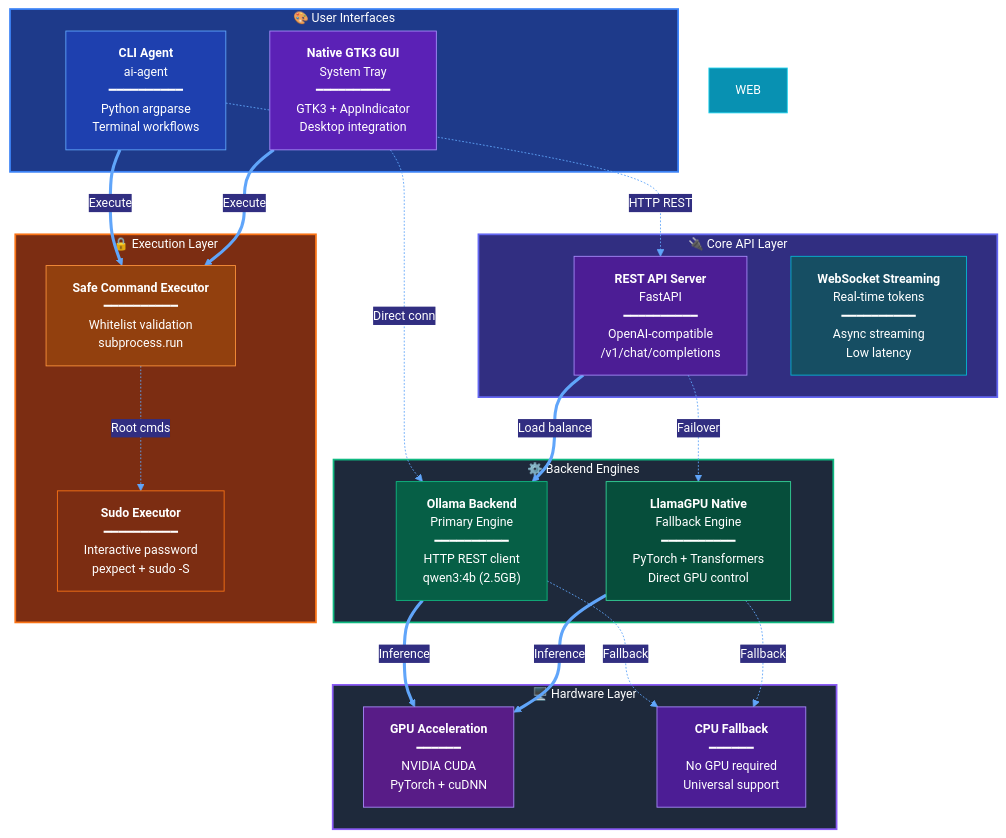
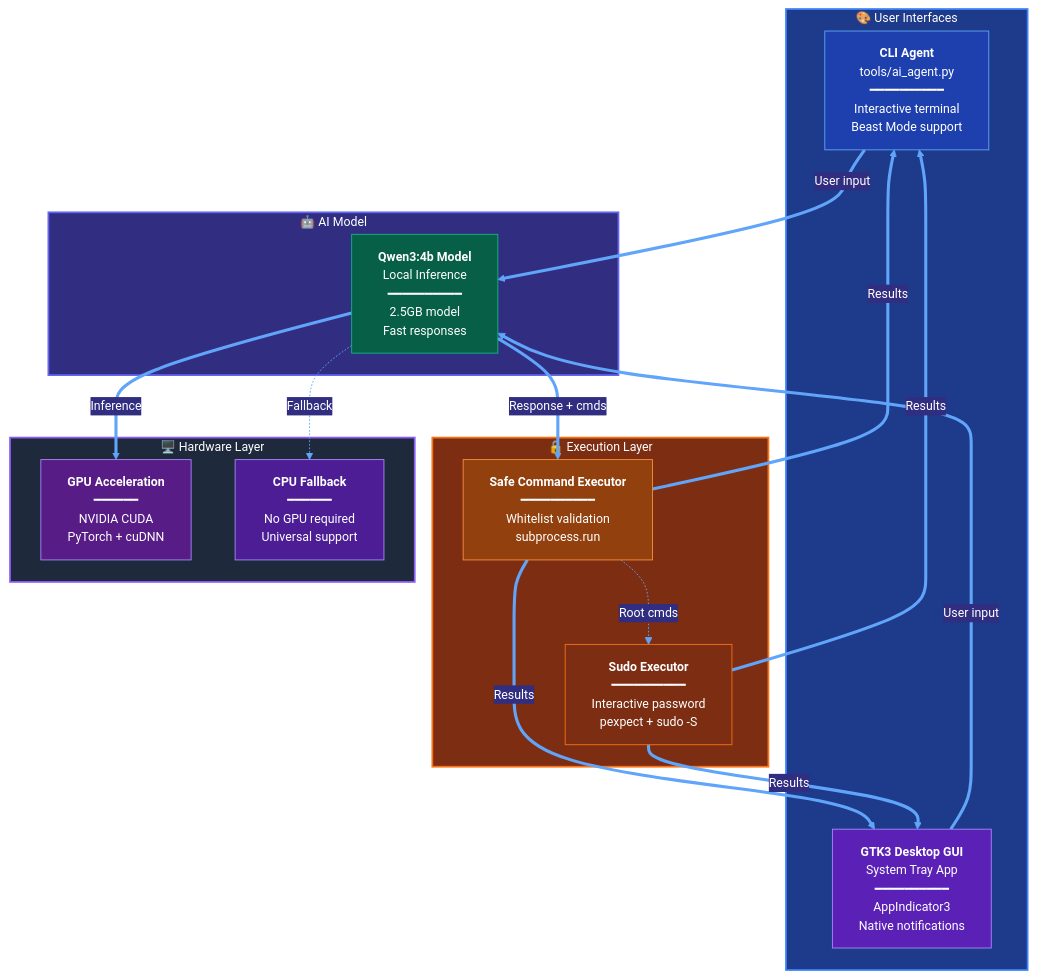
Before and after one commit to hkevin01/Llama-GPU: the first of 5 diagrams in README.md, drawn with Mermaid. The commit also changed other lines of this file and 1 other file, not shown here.

````diff
--- a/README.md
+++ b/README.md
@@ -75,61 +73,49 @@
 ```mermaid
 %%{init: {'theme':'base', 'themeVariables': { 'primaryColor':'#1e3a8a','primaryTextColor':'#fff','primaryBorderColor':'#3b82f6','lineColor':'#60a5fa','secondaryColor':'#312e81','tertiaryColor':'#1e293b','background':'#0f172a','mainBkg':'#1e293b','secondaryBkg':'#312e81','tertiaryBkg':'#1e3a8a','textColor':'#e2e8f0','fontSize':'14px'}}}%%
 graph TB
     subgraph UI["🎨 User Interfaces"]
-        CLI["<b>CLI Agent</b><br/>ai-agent<br/>━━━━━━━━━━<br/>Python argparse<br/>Terminal workflows"]
-        GUI["<b>Native GTK3 GUI</b><br/>System Tray<br/>━━━━━━━━━━<br/>GTK3 + AppIndicator<br/>Desktop integration"]
+        CLI["<b>CLI Agent</b><br/>tools/ai_agent.py<br/>━━━━━━━━━━<br/>Interactive terminal<br/>Beast Mode support"]
+        GUI["<b>GTK3 Desktop GUI</b><br/>System Tray App<br/>━━━━━━━━━━<br/>AppIndicator3<br/>Native notifications"]
     end
 
-    subgraph API["🔌 Core API Layer"]
-        REST["<b>REST API Server</b><br/>FastAPI<br/>━━━━━━━━━━<br/>OpenAI-compatible<br/>/v1/chat/completions"]
-        WS["<b>WebSocket Streaming</b><br/>Real-time tokens<br/>━━━━━━━━━━<br/>Async streaming<br/>Low latency"]
-    end
-
-    subgraph BACKEND["⚙️ Backend Engines"]
-        OLLAMA["<b>Ollama Backend</b><br/>Primary Engine<br/>━━━━━━━━━━<br/>HTTP REST client<br/>qwen3:4b (2.5GB)"]
-        LLAMA["<b>LlamaGPU Native</b><br/>Fallback Engine<br/>━━━━━━━━━━<br/>PyTorch + Transformers<br/>Direct GPU control"]
+    subgraph MODEL["🤖 AI Model"]
+        QWEN["<b>Qwen3:4b Model</b><br/>Local Inference<br/>━━━━━━━━━━<br/>2.5GB model<br/>Fast responses"]
     end
 
     subgraph EXEC["🔒 Execution Layer"]
         SAFE["<b>Safe Command Executor</b><br/>━━━━━━━━━━<br/>Whitelist validation<br/>subprocess.run"]
         SUDO["<b>Sudo Executor</b><br/>━━━━━━━━━━<br/>Interactive password<br/>pexpect + sudo -S"]
     end
 
     subgraph HW["🖥️ Hardware Layer"]
         GPU["<b>GPU Acceleration</b><br/>━━━━━━<br/>NVIDIA CUDA<br/>PyTorch + cuDNN"]
         CPU["<b>CPU Fallback</b><br/>━━━━━━<br/>No GPU required<br/>Universal support"]
     end
 
-    CLI -.->|"HTTP REST"| REST
-    GUI -.->|"Direct conn"| OLLAMA
+    CLI ==>|"User input"| QWEN
+    GUI ==>|"User input"| QWEN
 
-    REST ==>|"Load balance"| OLLAMA
-    REST -.->|"Failover"| LLAMA
-
-    CLI ==>|"Execute"| SAFE
-    GUI ==>|"Execute"| SAFE
+    QWEN ==>|"Response + cmds"| SAFE
     SAFE -.->|"Root cmds"| SUDO
 
-    OLLAMA ==>|"Inference"| GPU
-    OLLAMA -.->|"Fallback"| CPU
-    LLAMA ==>|"Inference"| GPU
-    LLAMA -.->|"Fallback"| CPU
+    SAFE ==>|"Results"| CLI
+    SAFE ==>|"Results"| GUI
+    SUDO ==>|"Results"| CLI
+    SUDO ==>|"Results"| GUI
+
+    QWEN ==>|"Inference"| GPU
+    QWEN -.->|"Fallback"| CPU
 
     style UI fill:#1e3a8a,stroke:#3b82f6,stroke-width:2px,color:#fff
-    style API fill:#312e81,stroke:#6366f1,stroke-width:2px,color:#fff
-    style BACKEND fill:#1e293b,stroke:#10b981,stroke-width:2px,color:#fff
+    style MODEL fill:#312e81,stroke:#6366f1,stroke-width:2px,color:#fff
     style EXEC fill:#7c2d12,stroke:#f97316,stroke-width:2px,color:#fff
     style HW fill:#1e293b,stroke:#8b5cf6,stroke-width:2px,color:#fff
 
     style CLI fill:#1e40af,stroke:#60a5fa,color:#fff
     style GUI fill:#5b21b6,stroke:#a78bfa,color:#fff
-    style WEB fill:#0891b2,stroke:#22d3ee,color:#fff
-    style REST fill:#4c1d95,stroke:#a78bfa,color:#fff
-    style WS fill:#164e63,stroke:#06b6d4,color:#fff
-    style OLLAMA fill:#065f46,stroke:#10b981,color:#fff
-    style LLAMA fill:#064e3b,stroke:#34d399,color:#fff
+    style QWEN fill:#065f46,stroke:#10b981,color:#fff
     style SAFE fill:#92400e,stroke:#fb923c,color:#fff
     style SUDO fill:#7c2d12,stroke:#f97316,color:#fff
     style GPU fill:#581c87,stroke:#a78bfa,color:#fff
     style CPU fill:#4c1d95,stroke:#a78bfa,color:#fff
 ```
````
